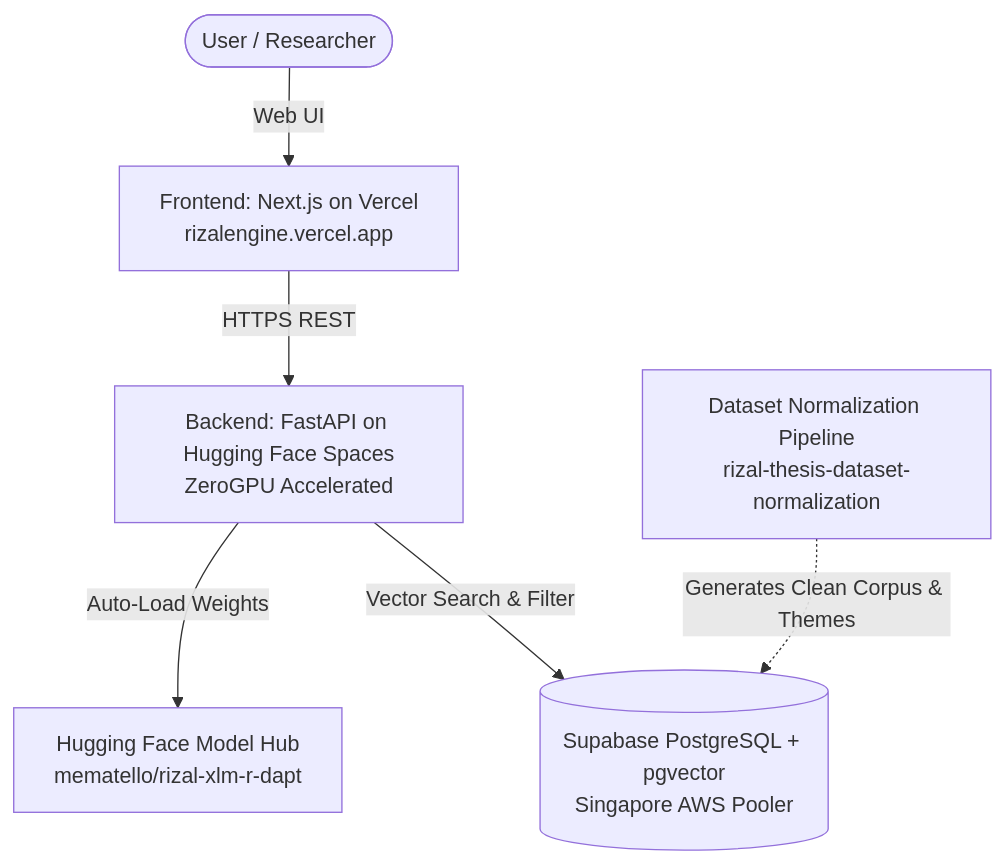
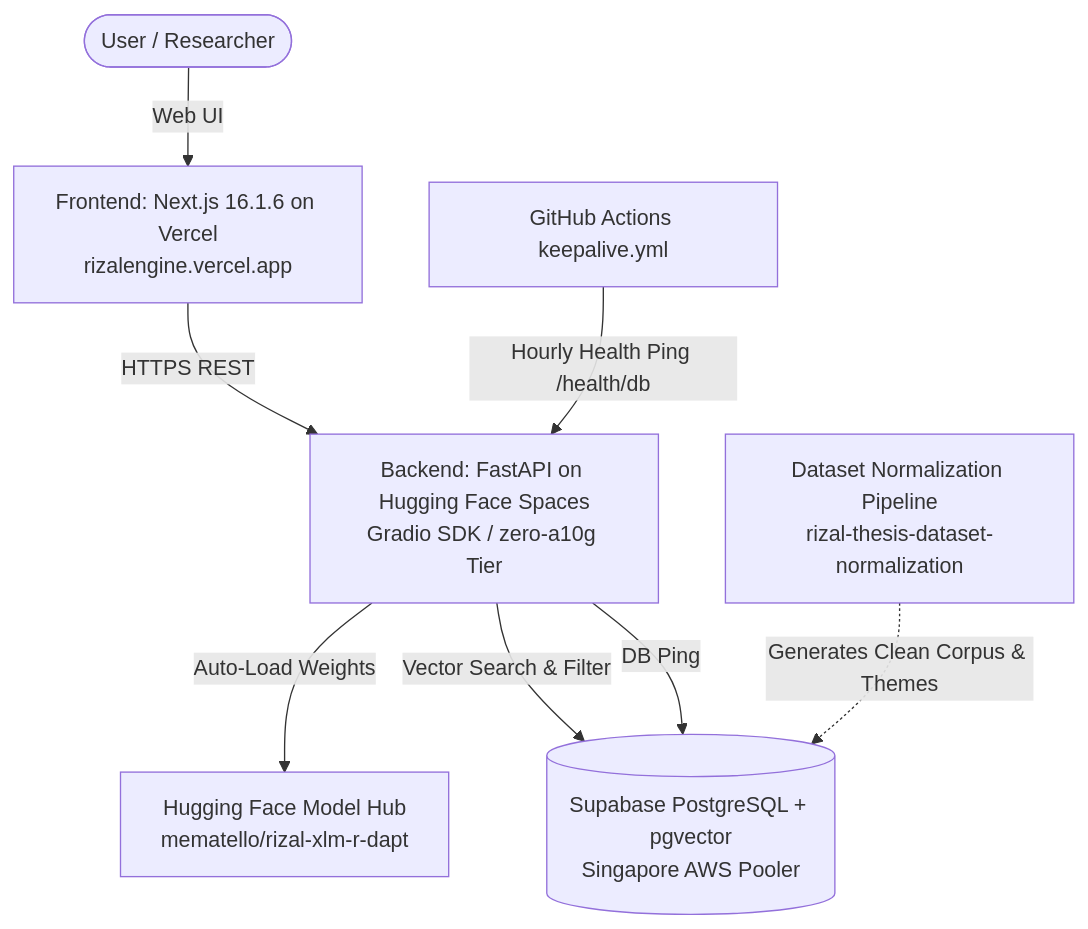
The diagram in README.md (mematello/Rizal-Thematic-Exploration), drawn with Mermaid before and after one commit. The commit also changed other lines of this file and 8 other files, not shown here.

````diff
--- a/README.md
+++ b/README.md
@@ -91,8 +79,10 @@
 ```mermaid
 graph TD
-    User([User / Researcher]) -->|Web UI| Vercel[Frontend: Next.js on Vercel<br/>rizalengine.vercel.app]
-    Vercel -->|HTTPS REST| HF[Backend: FastAPI on Hugging Face Spaces<br/>ZeroGPU Accelerated]
+    User([User / Researcher]) -->|Web UI| Vercel[Frontend: Next.js 16.1.6 on Vercel<br/>rizalengine.vercel.app]
+    Vercel -->|HTTPS REST| HF[Backend: FastAPI on Hugging Face Spaces<br/>Gradio SDK / zero-a10g Tier]
     HF -->|Auto-Load Weights| Hub[Hugging Face Model Hub<br/>mematello/rizal-xlm-r-dapt]
     HF -->|Vector Search & Filter| Supabase[(Supabase PostgreSQL + pgvector<br/>Singapore AWS Pooler)]
+    GH[GitHub Actions keepalive.yml] -->|Hourly Health Ping /health/db| HF
+    HF -->|DB Ping| Supabase
     DatasetRepo[Dataset Normalization Pipeline<br/>rizal-thesis-dataset-normalization] -.->|Generates Clean Corpus & Themes| Supabase
 ```
````
